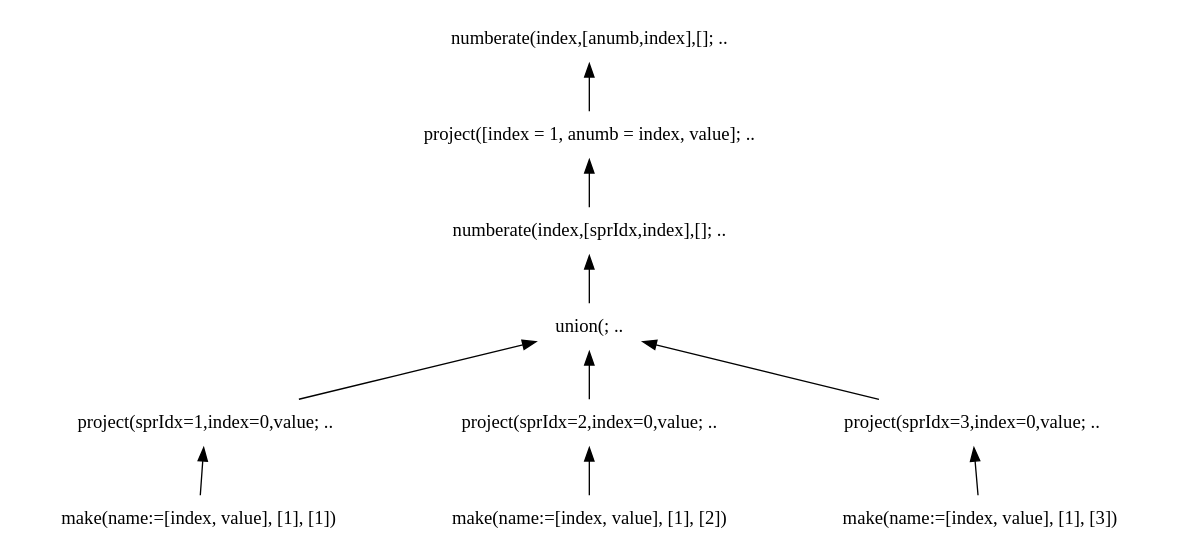
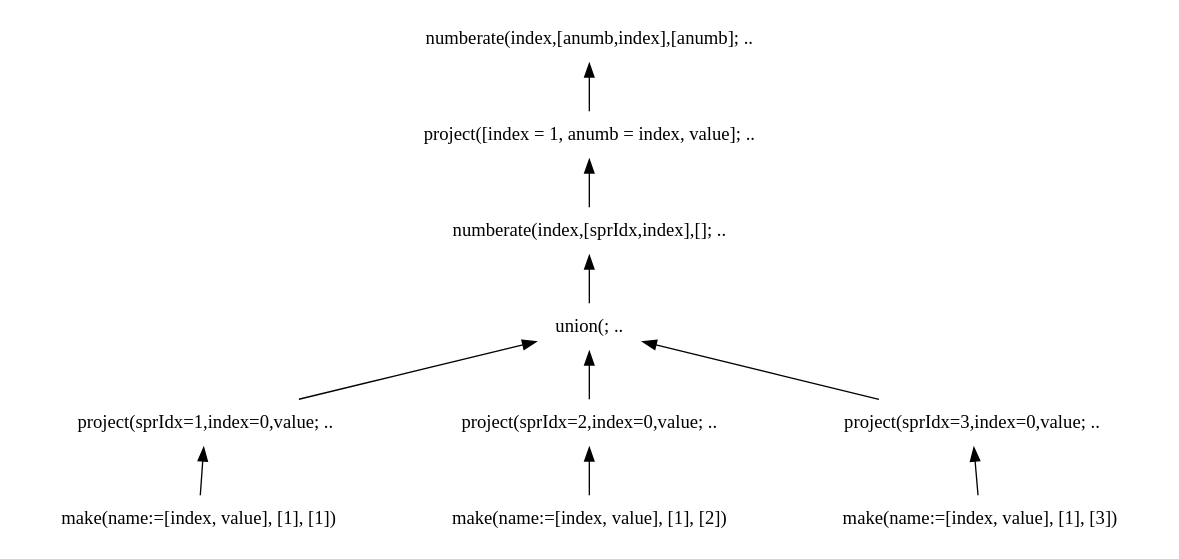
The diagram in doc/img/graphs/td_impl_flwor_simple.xq_relalg.dot (andrerav/xqft-parser), drawn with Graphviz before and after one commit. The commit also changed 5 other files, not shown here.

```diff
--- a/doc/img/graphs/td_impl_flwor_simple.xq_relalg.dot
+++ b/doc/img/graphs/td_impl_flwor_simple.xq_relalg.dot
@@ -1,24 +1,24 @@
 digraph AST {
 edge [color=black, dir=both, weight=1, fontcolor=black, arrowhead=none, arrowtail=normal]
 node [shape=plaintext]
   numberate1 -> project2
     project2 -> numberate3
       numberate3 -> union4
         union4 -> project5
           project5 -> make6
 make6 [label="make(name:=[index, value], [1], [1])"]
 project5 [label="project(sprIdx=1,index=0,value; .."]
           union4 -> project7
             project7 -> make8
 make8 [label="make(name:=[index, value], [1], [2])"]
 project7 [label="project(sprIdx=2,index=0,value; .."]
             union4 -> project9
               project9 -> make10
 make10 [label="make(name:=[index, value], [1], [3])"]
 project9 [label="project(sprIdx=3,index=0,value; .."]
 union4 [label="union(; .."]
 numberate3 [label="numberate(index,[sprIdx,index],[]; .."]
 project2 [label="project([index = 1, anumb = index, value]; .."]
-numberate1 [label="numberate(index,[anumb,index],[]; .."]
+numberate1 [label="numberate(index,[anumb,index],[anumb]; .."]
 
 }
```
